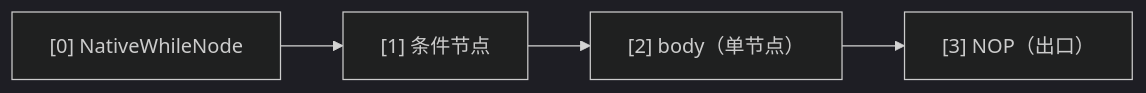
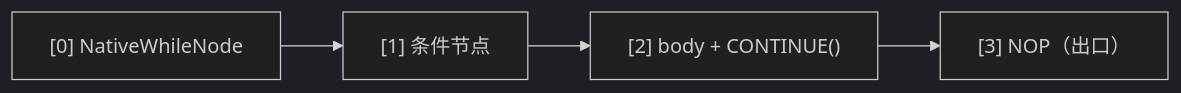
Before and after one commit to AmritaBot/AmritaSense: the third of 4 diagrams in docs/zh/guide/advanced/native_control_flow.md, drawn with Mermaid (dark theme). The commit also changed other lines of this file and 102 other files, not shown here.

````diff
--- a/docs/zh/guide/advanced/native_control_flow.md
+++ b/docs/zh/guide/advanced/native_control_flow.md
@@ -96,8 +103,8 @@
 ```mermaid
 graph LR
     while["[0] NativeWhileNode"]
     cond["[1] 条件节点"]
-    body["[2] body（单节点）"]
+    body["[2] body + CONTINUE()"]
     nop["[3] NOP（出口）"]
     while --> cond --> body --> nop
 ```
````
